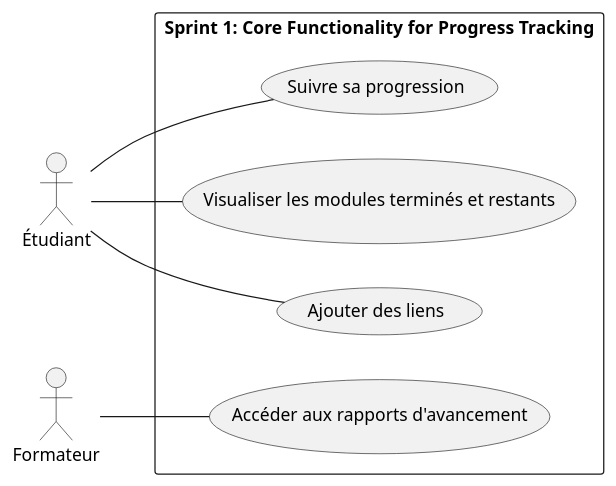
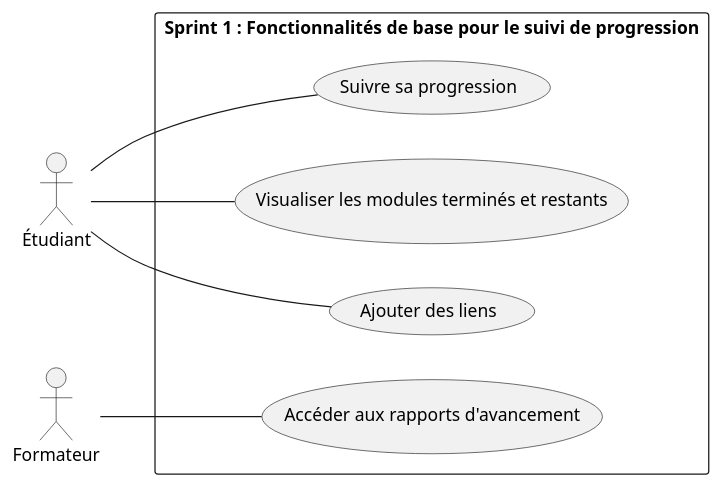
One commit to AyoubBakali07/UI_UX_Design changed the diagram in Branch_fonctionell/Use_cases/Use_case_sprint1.puml. Above: the diagram before and after it, drawn with PlantUML. The commit also changed 6 other files, not shown here.

```diff
--- a/Branch_fonctionell/Use_cases/Use_case_sprint1.puml
+++ b/Branch_fonctionell/Use_cases/Use_case_sprint1.puml
@@ -1,20 +1,19 @@
 @startuml
 left to right direction
 actor Étudiant
 actor Formateur
 
-rectangle "Sprint 1: Core Functionality for Progress Tracking" {
+rectangle "Sprint 1 : Fonctionnalités de base pour le suivi de progression" {
     usecase "Suivre sa progression" as UC1
     usecase "Visualiser les modules terminés et restants" as UC3
     usecase "Ajouter des liens" as UC9
     usecase "Accéder aux rapports d'avancement" as UC4
 }
 
 Étudiant -- UC1
 Étudiant -- UC3
 Étudiant -- UC9
 
 Formateur -- UC4
 
-
 @enduml
```
